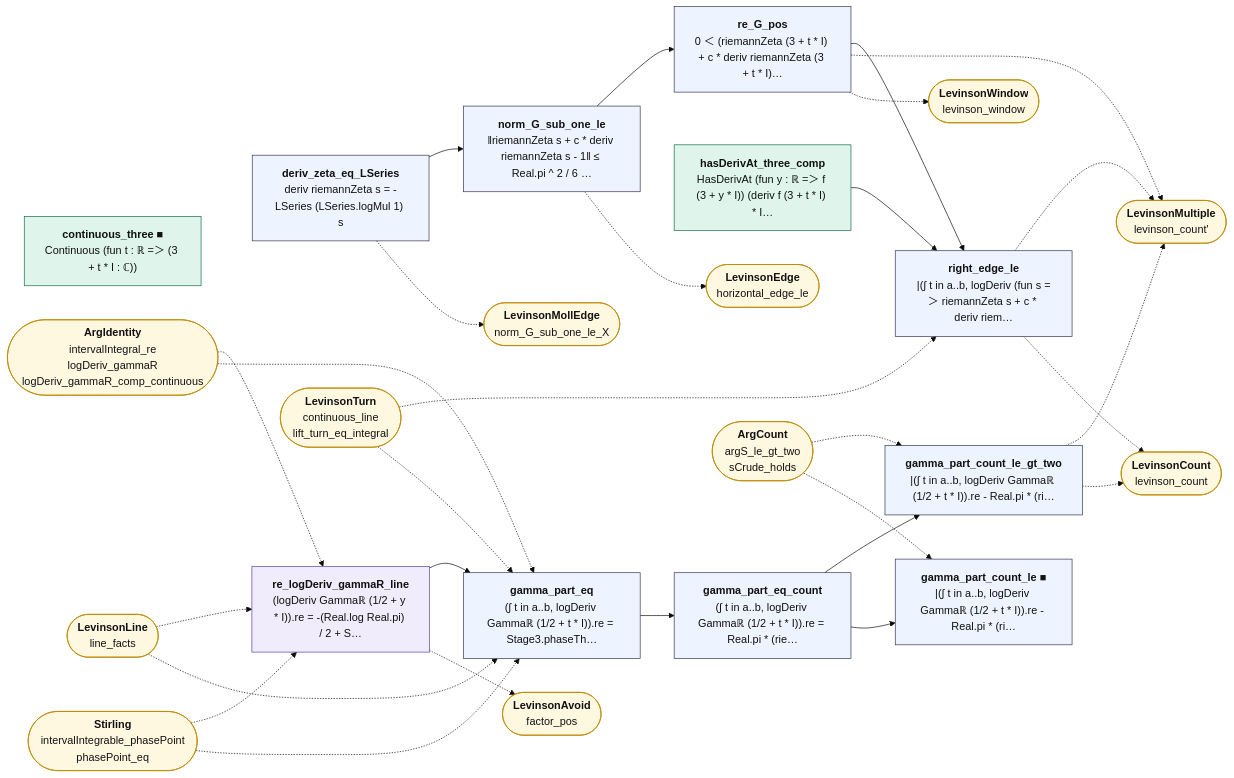
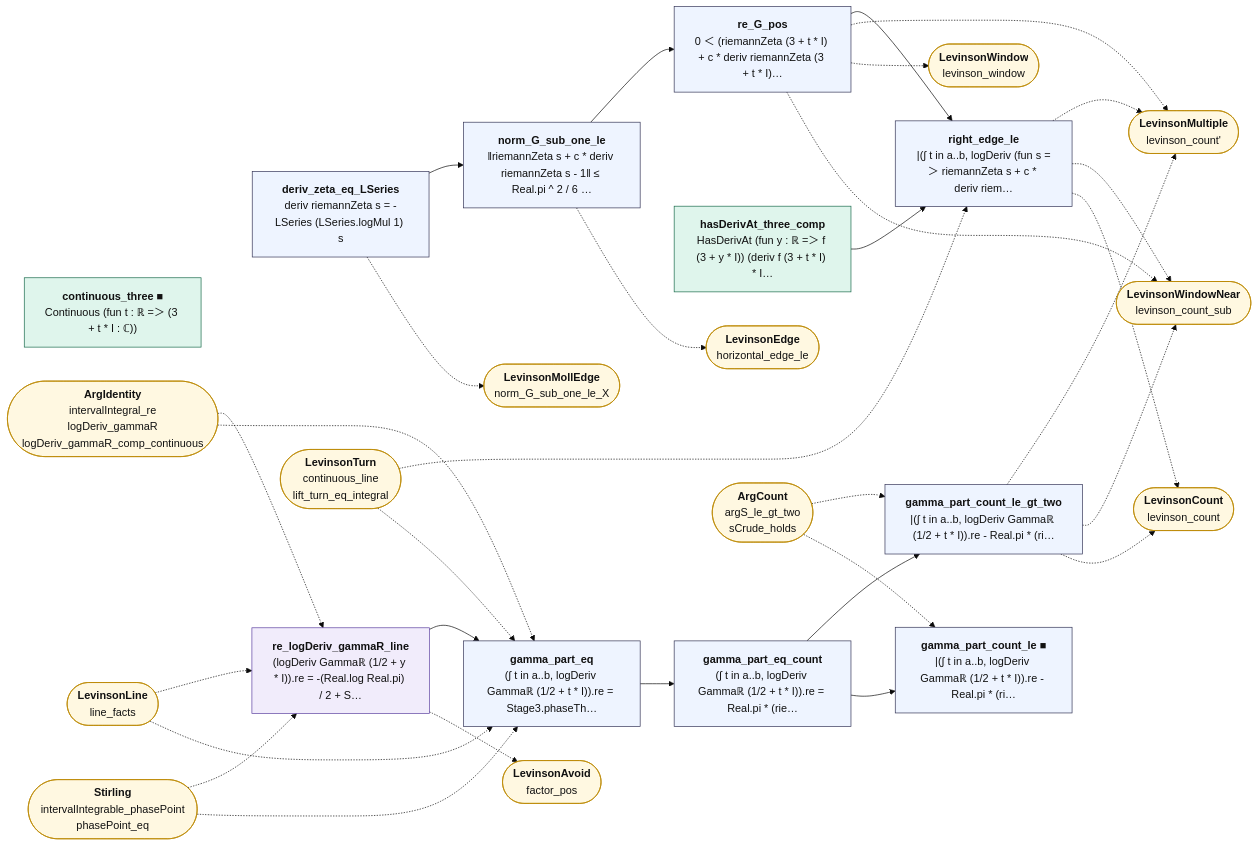
One commit to juliansambranojr/Primebeat_081426 changed the diagram in map/lean_stage3/LevinsonSize.md. Above: the diagram before and after it, drawn with Mermaid (base theme). The commit also changed other lines of this file and 40 other files, not shown here.

````diff
--- a/map/lean_stage3/LevinsonSize.md
+++ b/map/lean_stage3/LevinsonSize.md
@@ -14,60 +14,64 @@
 ```mermaid
 flowchart LR
   n0["<b>deriv_zeta_eq_LSeries</b><br/>deriv riemannZeta s = -LSeries (LSeries.logMul 1) s"]:::thm
   n1["<b>norm_G_sub_one_le</b><br/>‖riemannZeta s + c * deriv riemannZeta s - 1‖ ≤ Real.pi ^ 2 / 6 …"]:::thm
   n2["<b>re_G_pos</b><br/>0 ＜ (riemannZeta (3 + t * I) + c * deriv riemannZeta (3 + t * I)…"]:::thm
   n3["<b>hasDerivAt_three_comp</b><br/>HasDerivAt (fun y : ℝ =＞ f (3 + y * I)) (deriv f (3 + t * I) * I…"]:::cnt
   n4["<b>continuous_three ■</b><br/>Continuous (fun t : ℝ =＞ (3 + t * I : ℂ))"]:::cnt
   n5["<b>right_edge_le</b><br/>|(∫ t in a..b, logDeriv (fun s =＞ riemannZeta s + c * deriv riem…"]:::thm
   n6["<b>re_logDeriv_gammaR_line</b><br/>(logDeriv Gammaℝ (1/2 + y * I)).re = -(Real.log Real.pi) / 2 + S…"]:::shp
   n7["<b>gamma_part_eq</b><br/>(∫ t in a..b, logDeriv Gammaℝ (1/2 + t * I)).re = Stage3.phaseTh…"]:::thm
   n8["<b>gamma_part_eq_count</b><br/>(∫ t in a..b, logDeriv Gammaℝ (1/2 + t * I)).re = Real.pi * (rie…"]:::thm
   n9["<b>gamma_part_count_le ■</b><br/>|(∫ t in a..b, logDeriv Gammaℝ (1/2 + t * I)).re - Real.pi * (ri…"]:::thm
   n10["<b>gamma_part_count_le_gt_two</b><br/>|(∫ t in a..b, logDeriv Gammaℝ (1/2 + t * I)).re - Real.pi * (ri…"]:::thm
   x0(["<b>LevinsonMollEdge</b><br/>norm_G_sub_one_le_X"]):::ext
   x1(["<b>LevinsonEdge</b><br/>horizontal_edge_le"]):::ext
   x2(["<b>LevinsonMultiple</b><br/>levinson_count'"]):::ext
   x3(["<b>LevinsonWindow</b><br/>levinson_window"]):::ext
-  x4(["<b>LevinsonTurn</b><br/>continuous_line<br/>lift_turn_eq_integral"]):::ext
-  x5(["<b>LevinsonCount</b><br/>levinson_count"]):::ext
-  x6(["<b>ArgIdentity</b><br/>intervalIntegral_re<br/>logDeriv_gammaR<br/>logDeriv_gammaR_comp_continuous"]):::ext
-  x7(["<b>LevinsonLine</b><br/>line_facts"]):::ext
-  x8(["<b>Stirling</b><br/>intervalIntegrable_phasePoint<br/>phasePoint_eq"]):::ext
-  x9(["<b>LevinsonAvoid</b><br/>factor_pos"]):::ext
-  x10(["<b>ArgCount</b><br/>argS_le_gt_two<br/>sCrude_holds"]):::ext
+  x4(["<b>LevinsonWindowNear</b><br/>levinson_count_sub"]):::ext
+  x5(["<b>LevinsonTurn</b><br/>continuous_line<br/>lift_turn_eq_integral"]):::ext
+  x6(["<b>LevinsonCount</b><br/>levinson_count"]):::ext
+  x7(["<b>ArgIdentity</b><br/>intervalIntegral_re<br/>logDeriv_gammaR<br/>logDeriv_gammaR_comp_continuous"]):::ext
+  x8(["<b>LevinsonLine</b><br/>line_facts"]):::ext
+  x9(["<b>Stirling</b><br/>intervalIntegrable_phasePoint<br/>phasePoint_eq"]):::ext
+  x10(["<b>LevinsonAvoid</b><br/>factor_pos"]):::ext
+  x11(["<b>ArgCount</b><br/>argS_le_gt_two<br/>sCrude_holds"]):::ext
   n0 --> n1
   n1 --> n2
   n2 --> n5
   n3 --> n5
   n6 --> n7
   n7 --> n8
   n8 --> n10
   n8 --> n9
   n0 -.-> x0
   n1 -.-> x1
   n10 -.-> x2
-  n10 -.-> x5
+  n10 -.-> x4
+  n10 -.-> x6
   n2 -.-> x2
   n2 -.-> x3
+  n2 -.-> x4
   n5 -.-> x2
-  n5 -.-> x5
-  n6 -.-> x9
-  x10 -.-> n10
-  x10 -.-> n9
-  x4 -.-> n5
-  x4 -.-> n7
-  x6 -.-> n6
-  x6 -.-> n7
+  n5 -.-> x4
+  n5 -.-> x6
+  n6 -.-> x10
+  x11 -.-> n10
+  x11 -.-> n9
+  x5 -.-> n5
+  x5 -.-> n7
   x7 -.-> n6
   x7 -.-> n7
   x8 -.-> n6
   x8 -.-> n7
+  x9 -.-> n6
+  x9 -.-> n7
   classDef cnt fill:#dff5ec,stroke:#17694a,color:#111
   classDef shp fill:#f1ecfb,stroke:#5b3fa0,color:#111
   classDef rh fill:#ffe5e5,stroke:#c22,color:#111,stroke-width:2px
   classDef thm fill:#eef4ff,stroke:#335,color:#111
   classDef end_ fill:#e7f7e7,stroke:#2a7,color:#111,stroke-width:2px
   classDef lone fill:#fff,stroke:#999,color:#111,stroke-dasharray:4 3
   classDef bad fill:#ffe5e5,stroke:#c22,color:#111,stroke-width:2px
   classDef ext fill:#fff8e1,stroke:#b80,color:#111
 ```
````
